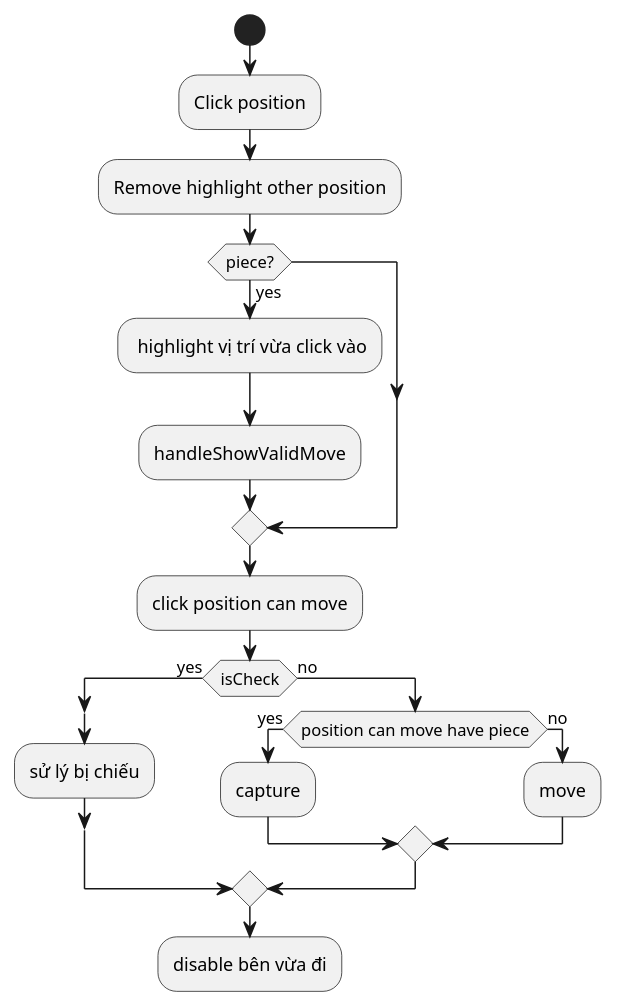
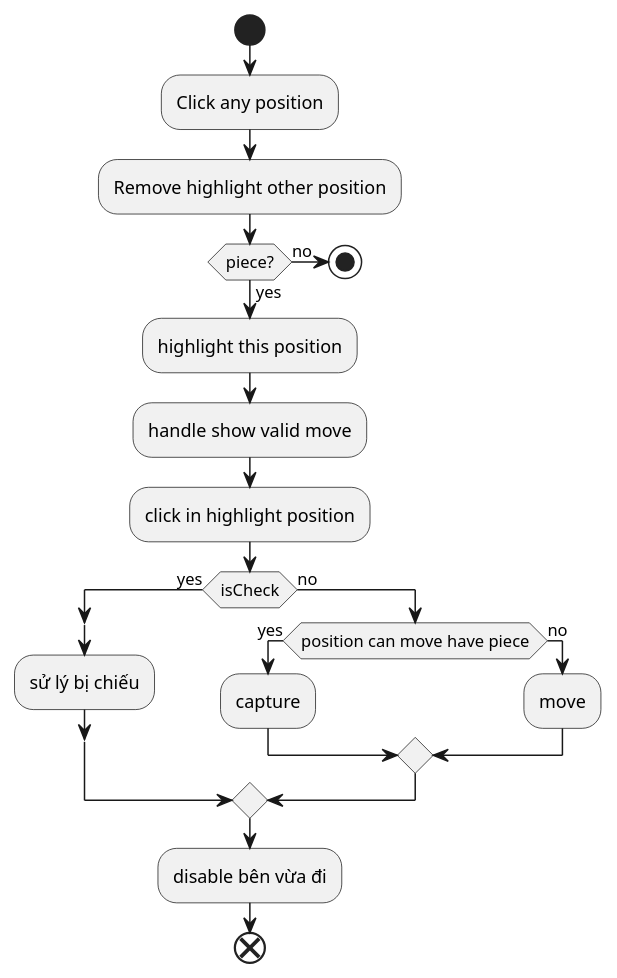
The diagram in chessGame/docs/pickPiece.wsd (kieutridang/set2023), drawn with PlantUML before and after one commit. The commit also changed 1 other file, not shown here.

```diff
--- a/chessGame/docs/pickPiece.wsd
+++ b/chessGame/docs/pickPiece.wsd
@@ -1,27 +1,30 @@
 @startuml
 
 
 
 start
-:Click position;
+:Click any position;
 :Remove highlight other position;
 if(piece?) then (yes)
-    : highlight vị trí vừa click vào;
-    :handleShowValidMove;
+    :highlight this position;
+    :handle show valid move;
+else (no)
+    stop
 endif
 
-:click position can move;
+:click in highlight position;
 
 if (isCheck) then (yes)
     split
         :sử lý bị chiếu;
     endsplit
 else (no)
     if(position can move have piece) then (yes)
         :capture;
     else (no)
         :move;
     endif
-    endif
-    :disable bên vừa đi;
-    @enduml
+endif
+:disable bên vừa đi;
+end
+@enduml
```
